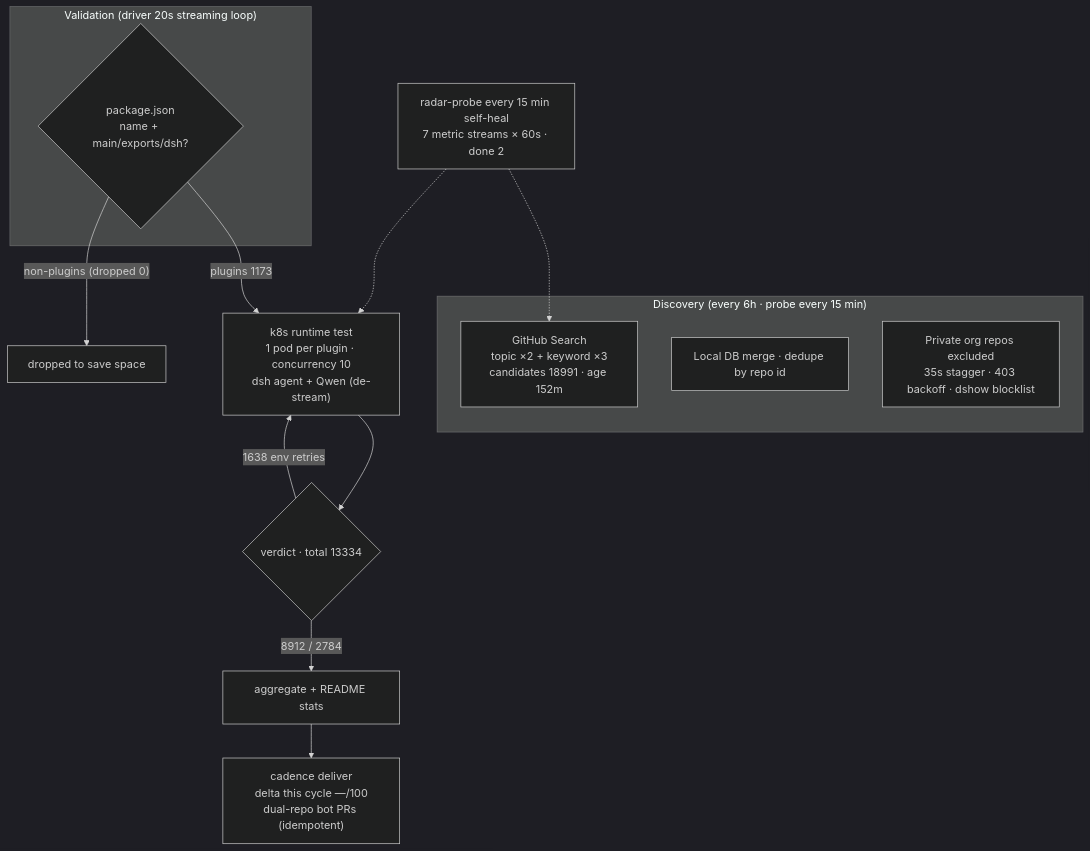
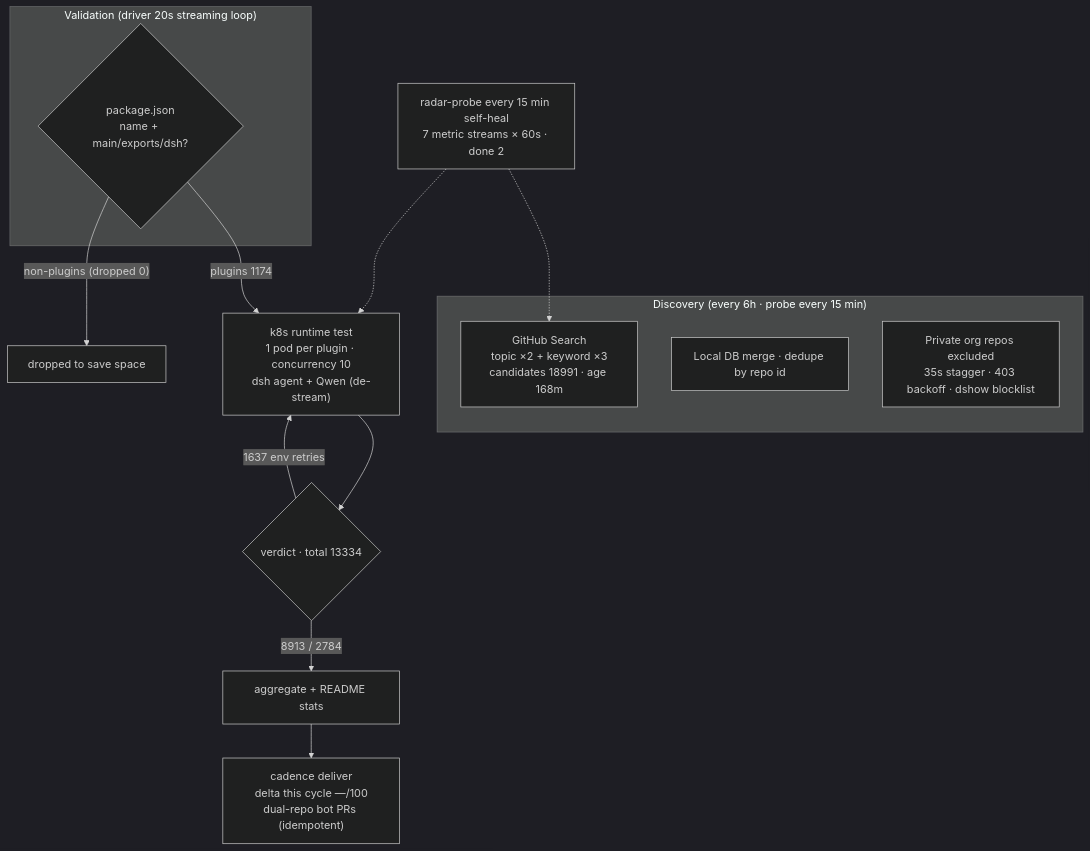
The diagram in README.en-US.md (AdamPlatin123/dsh-plugin-radar), drawn with Mermaid (dark theme) before and after one commit. The commit also changed other lines of this file and 6 other files, not shown here.

````diff
--- a/README.en-US.md
+++ b/README.en-US.md
@@ -45,20 +45,20 @@
 ```mermaid
 flowchart TB
     subgraph Discovery["Discovery (every 6h · probe every 15 min)"]
-        A1["GitHub Search<br/>topic ×2 + keyword ×3<br/>candidates 18991 · age 152m"]
+        A1["GitHub Search<br/>topic ×2 + keyword ×3<br/>candidates 18991 · age 168m"]
         A2["Local DB merge · dedupe by repo id"]
         A3["Private org repos excluded<br/>35s stagger · 403 backoff · dshow blocklist"]
     end
     subgraph Validation["Validation (driver 20s streaming loop)"]
         B1{"package.json<br/>name + main/exports/dsh?"}
     end
-    B1 -->|"plugins 1173"| C1["k8s runtime test<br/>1 pod per plugin · concurrency 10<br/>dsh agent + Qwen (de-stream)"]
+    B1 -->|"plugins 1174"| C1["k8s runtime test<br/>1 pod per plugin · concurrency 10<br/>dsh agent + Qwen (de-stream)"]
     B1 -->|"non-plugins (dropped 0)"| B3["dropped to save space"]
     C1 --> D1{"verdict · total 13334"}
-    D1 -->|"8912 / 2784"| E1["aggregate + README stats"]
-    D1 -->|"1638 env retries"| C1
+    D1 -->|"8913 / 2784"| E1["aggregate + README stats"]
+    D1 -->|"1637 env retries"| C1
     E1 --> E2["cadence deliver<br/>delta this cycle —/100<br/>dual-repo bot PRs (idempotent)"]
     M["radar-probe every 15 min self-heal<br/>7 metric streams × 60s · done 2"]
     M -.-> A1
     M -.-> C1
 ```
````
